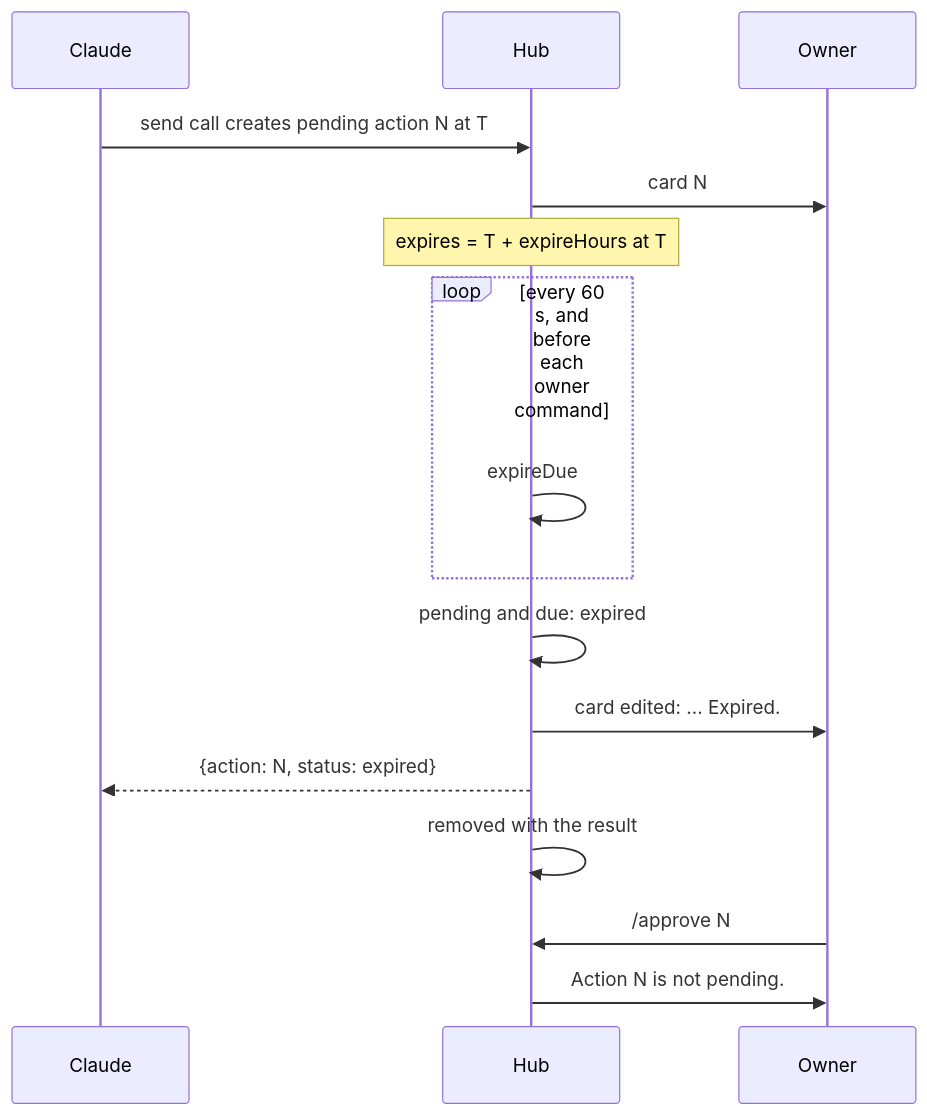
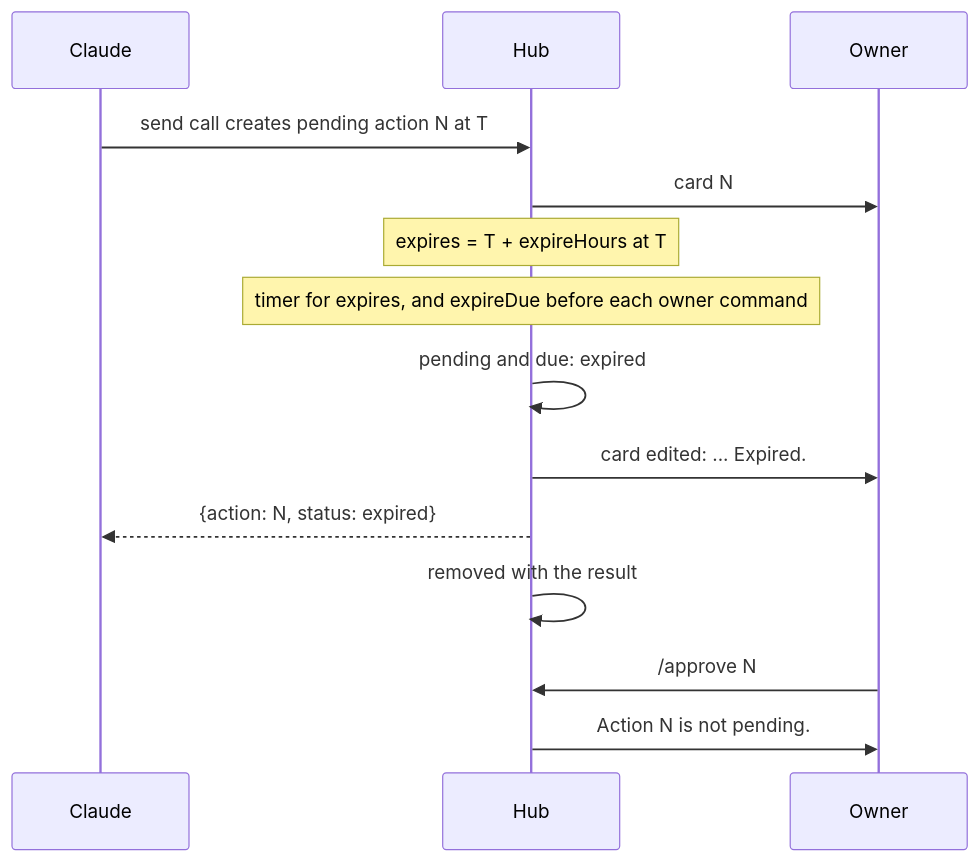
Before and after one commit to simplex-chat/simplex-chat: the ninth of 15 diagrams in packages/simplex-chat-mcp/spec/flows.md, drawn with Mermaid. The commit also changed other lines of this file and 7 other files, not shown here.

Commit message:
mcp: expire each action with its own timer

````diff
--- a/packages/simplex-chat-mcp/spec/flows.md
+++ b/packages/simplex-chat-mcp/spec/flows.md
@@ -367,18 +367,16 @@
 ```mermaid
 sequenceDiagram
   participant C as Claude
   participant H as Hub
   participant O as Owner
   C->>H: send call creates pending action N at T
   H->>O: card N
   Note over H: expires = T + expireHours at T
-  loop every 60 s, and before each owner command
-    H->>H: expireDue
-  end
+  Note over H: timer for expires, and expireDue before each owner command
   H->>H: pending and due: expired
   H->>O: card edited: ... Expired.
   H-->>C: {action: N, status: expired}
   H->>H: removed with the result
   O->>H: /approve N
   H->>O: Action N is not pending.
 ```
````
